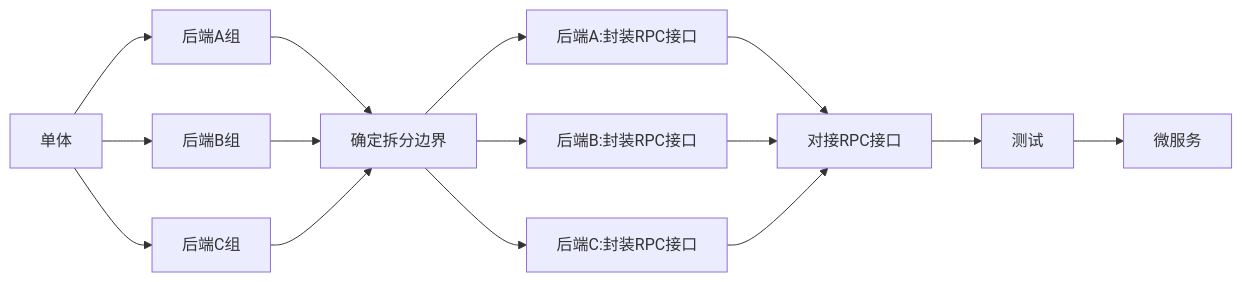
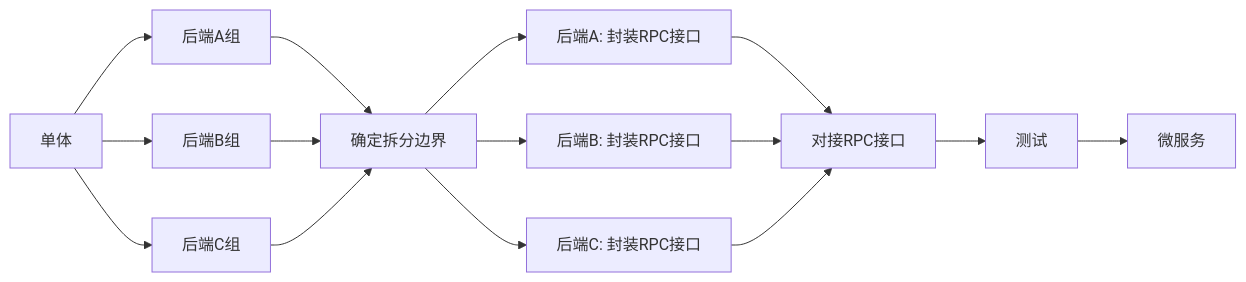
The second of 12 diagrams in docs/intro.md (doukai/gp-doc.github.io), drawn with Mermaid before and after one commit. The commit also changed other lines of this file, not shown here.

````diff
--- a/docs/intro.md
+++ b/docs/intro.md
@@ -29,4 +31,4 @@
 ```mermaid
 flowchart LR
-   a["单体"] --> b["后端A组"] & c["后端B组"] & d["后端C组"] --> e["确定拆分边界"] --> f["后端A:封装RPC接口"] & g["后端B:封装RPC接口"] & h["后端C:封装RPC接口"] --> i["对接RPC接口"] --> j["测试"] --> k["微服务"]
+   a["单体"] --> b["后端A组"] & c["后端B组"] & d["后端C组"] --> e["确定拆分边界"] --> f["后端A: 封装RPC接口"] & g["后端B: 封装RPC接口"] & h["后端C: 封装RPC接口"] --> i["对接RPC接口"] --> j["测试"] --> k["微服务"]
 ```
````
